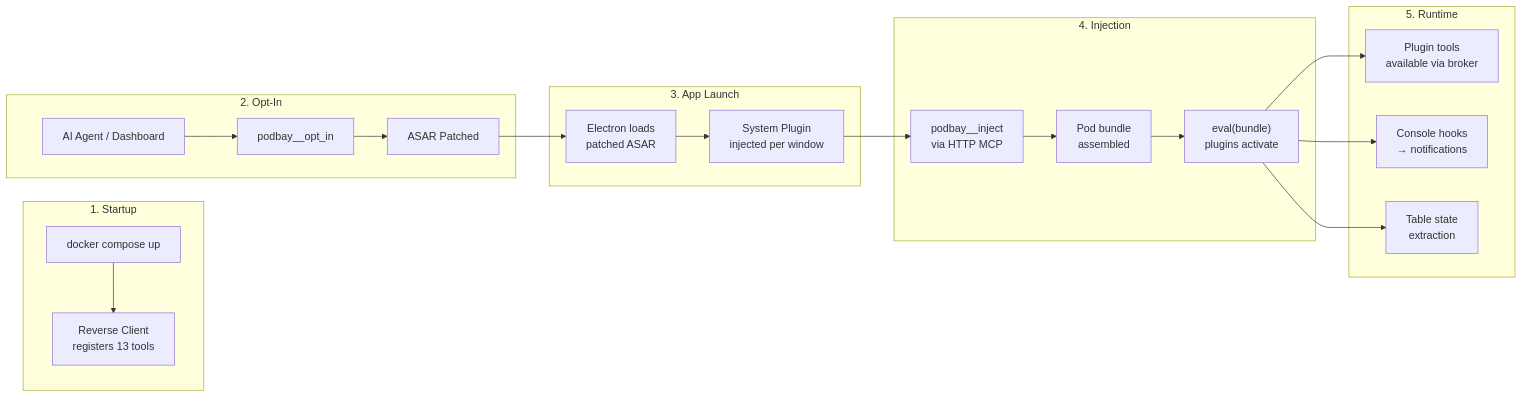
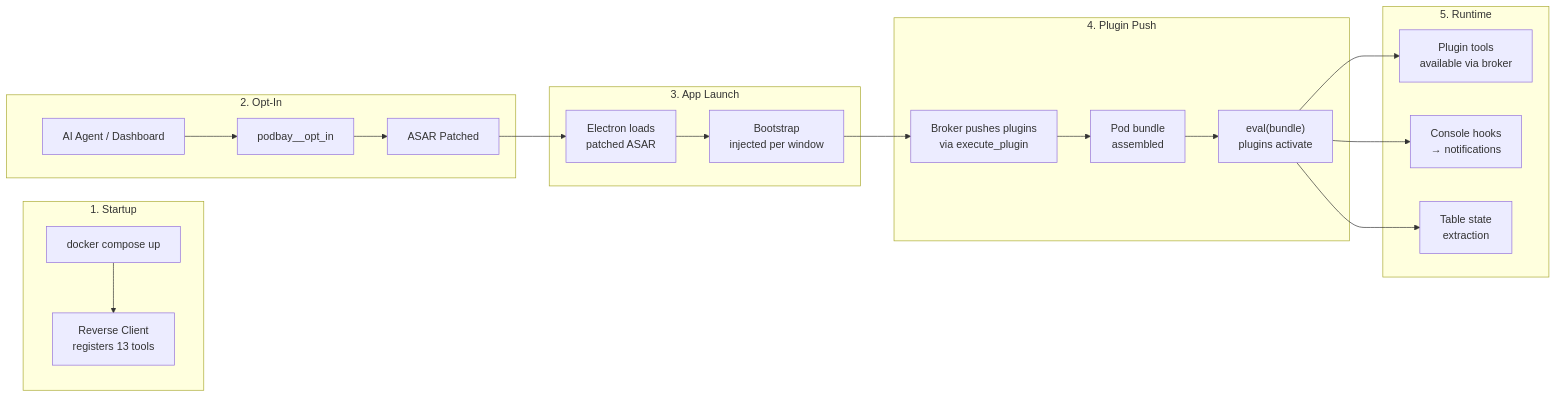
One commit to jerroldneal/podbay changed diagram 17 of 17 in ARCHITECTURE.md. Above: the diagram before and after it, drawn with Mermaid. The commit also changed other lines of this file and 2 other files, not shown here.

First line of the commit message:
docs: update README and ARCHITECTURE for bootstrap refactor

````diff
--- a/ARCHITECTURE.md
+++ b/ARCHITECTURE.md
@@ -638,28 +648,28 @@
 ```mermaid
 flowchart LR
     subgraph Startup["1. Startup"]
         Docker["docker compose up"] --> RC["Reverse Client<br/>registers 13 tools"]
     end
 
     subgraph OptIn["2. Opt-In"]
         Agent["AI Agent / Dashboard"] --> BrokerOI["podbay__opt_in"]
         BrokerOI --> ASAR["ASAR Patched"]
     end
 
     subgraph Launch["3. App Launch"]
         ASAR --> Electron["Electron loads<br/>patched ASAR"]
-        Electron --> SP["System Plugin<br/>injected per window"]
+        Electron --> BS["Bootstrap<br/>injected per window"]
     end
 
-    subgraph Inject["4. Injection"]
-        SP --> InjectReq["podbay__inject<br/>via HTTP MCP"]
-        InjectReq --> Bundle["Pod bundle<br/>assembled"]
+    subgraph Inject["4. Plugin Push"]
+        BS --> Push["Broker pushes plugins<br/>via execute_plugin"]
+        Push --> Bundle["Pod bundle<br/>assembled"]
         Bundle --> Eval["eval(bundle)<br/>plugins activate"]
     end
 
     subgraph Runtime["5. Runtime"]
         Eval --> Tools["Plugin tools<br/>available via broker"]
         Eval --> Hooks["Console hooks<br/>→ notifications"]
         Eval --> State["Table state<br/>extraction"]
     end
 ```
````
